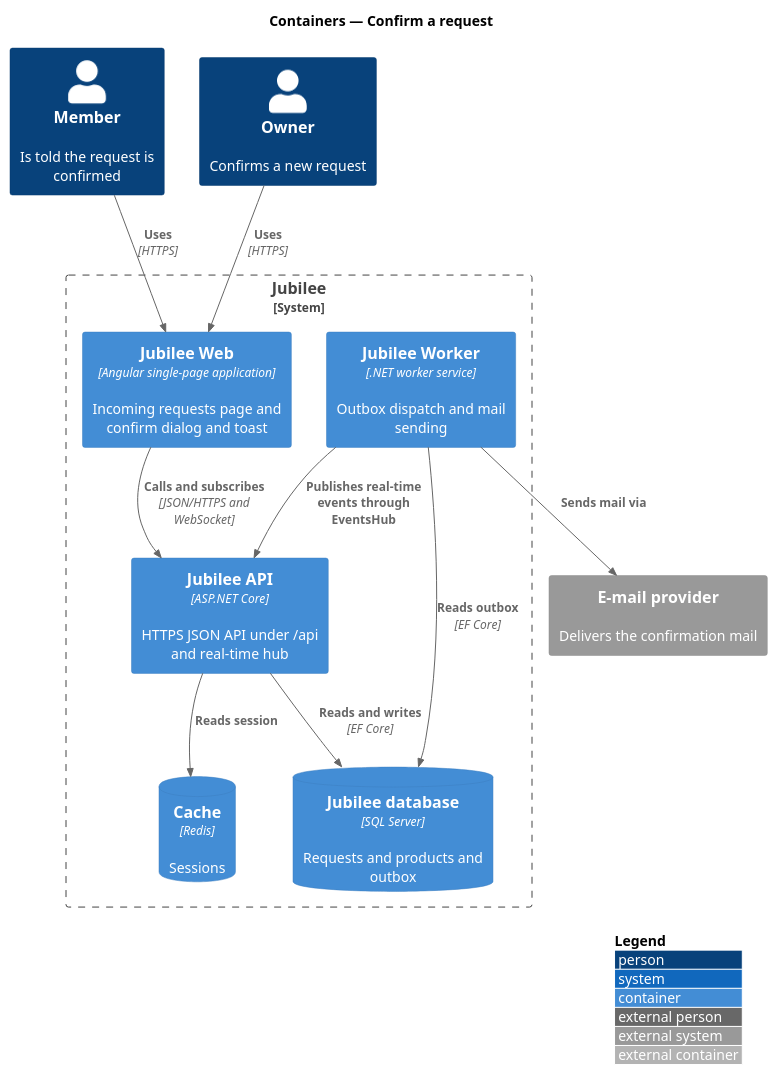
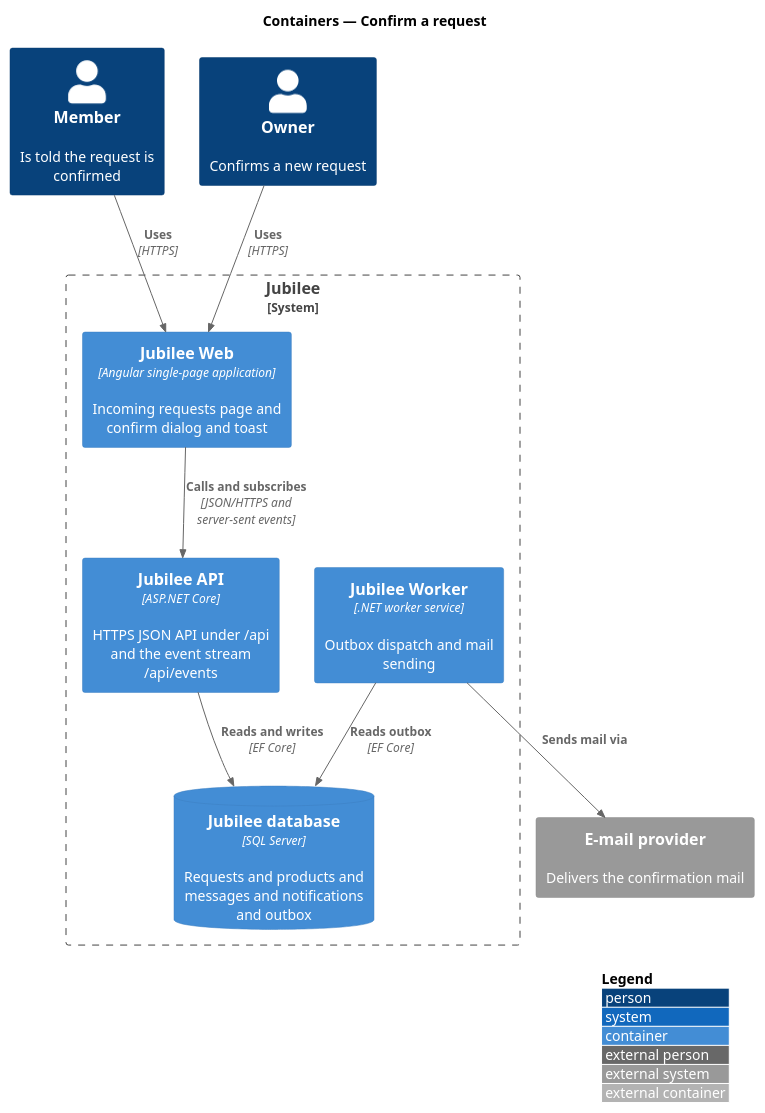
One commit to QuinntyneBrown/jubilee changed the diagram in docs/detailed-designs/requests/confirm-request/diagrams/c4-container.puml. Above: the diagram before and after it, drawn with PlantUML. The commit also changed 35 other files, not shown here.

```diff
--- a/docs/detailed-designs/requests/confirm-request/diagrams/c4-container.puml
+++ b/docs/detailed-designs/requests/confirm-request/diagrams/c4-container.puml
@@ -1,25 +1,22 @@
 @startuml
 !include <C4/C4_Container>
 LAYOUT_WITH_LEGEND()
 title Containers — Confirm a request
 
 Person(member, "Member", "Is told the request is confirmed")
 Person(owner, "Owner", "Confirms a new request")
 System_Boundary(jubilee, "Jubilee") {
   Container(web, "Jubilee Web", "Angular single-page application", "Incoming requests page and confirm dialog and toast")
-  Container(api, "Jubilee API", "ASP.NET Core", "HTTPS JSON API under /api and real-time hub")
+  Container(api, "Jubilee API", "ASP.NET Core", "HTTPS JSON API under /api and the event stream /api/events")
   Container(worker, "Jubilee Worker", ".NET worker service", "Outbox dispatch and mail sending")
-  ContainerDb(db, "Jubilee database", "SQL Server", "Requests and products and outbox")
-  ContainerDb(cache, "Cache", "Redis", "Sessions")
+  ContainerDb(db, "Jubilee database", "SQL Server", "Requests and products and messages and notifications and outbox")
 }
 System_Ext(email, "E-mail provider", "Delivers the confirmation mail")
 
 Rel(member, web, "Uses", "HTTPS")
 Rel(owner, web, "Uses", "HTTPS")
-Rel(web, api, "Calls and subscribes", "JSON/HTTPS and WebSocket")
+Rel(web, api, "Calls and subscribes", "JSON/HTTPS and server-sent events")
 Rel(api, db, "Reads and writes", "EF Core")
-Rel(api, cache, "Reads session")
 Rel(worker, db, "Reads outbox", "EF Core")
-Rel(worker, api, "Publishes real-time events through EventsHub")
 Rel(worker, email, "Sends mail via")
 @enduml
```
